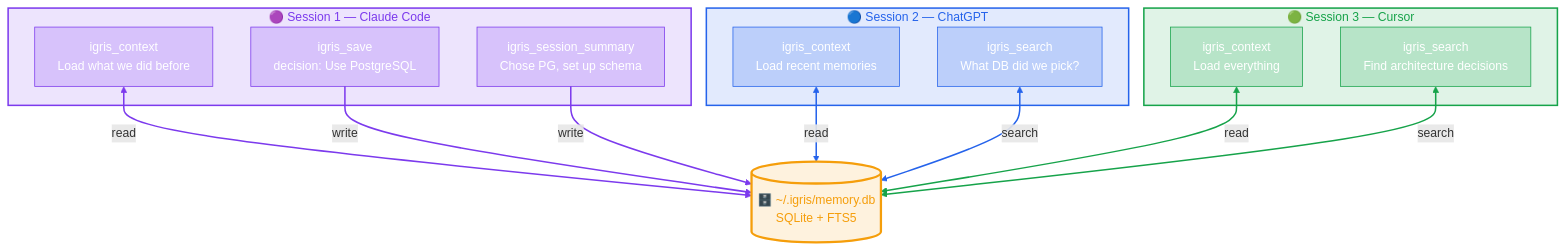
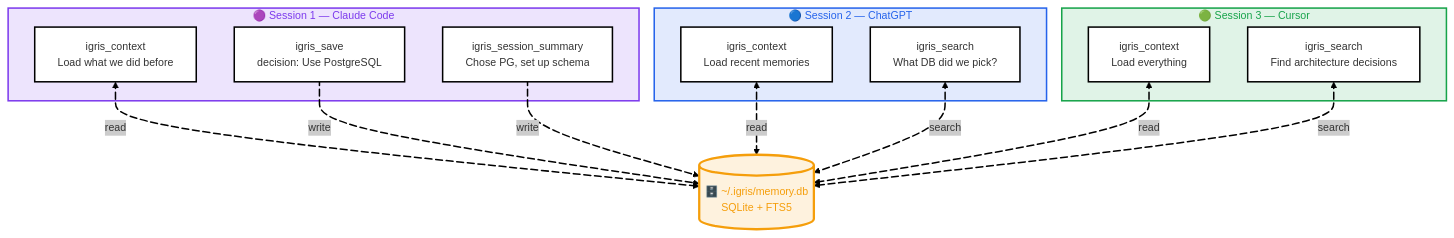
One commit to getigris/igris-memory changed the first of 6 diagrams in README.md. Above: the diagram before and after it, drawn with Mermaid. The commit also changed other lines of this file, not shown here.

First line of the commit message:
Enhance README.md with improved mermaid diagrams and configurations

````diff
--- a/README.md
+++ b/README.md
@@ -69,45 +69,46 @@
 ```mermaid
+---
+config:
+  theme: neo
+  look: hand-drawn
+---
 graph TB
     subgraph S1["🟣 Session 1 — Claude Code"]
         A1["igris_context\nLoad what we did before"]
         A2["igris_save\ndecision: Use PostgreSQL"]
         A3["igris_session_summary\nChose PG, set up schema"]
     end
 
     subgraph S2["🔵 Session 2 — ChatGPT"]
         B1["igris_context\nLoad recent memories"]
         B2["igris_search\nWhat DB did we pick?"]
     end
 
     subgraph S3["🟢 Session 3 — Cursor"]
         C1["igris_context\nLoad everything"]
         C2["igris_search\nFind architecture decisions"]
     end
 
     DB[("🗄️ ~/.igris/memory.db\nSQLite + FTS5")]
 
-    A1 <-->|read| DB
-    A2 -->|write| DB
-    A3 -->|write| DB
-    B1 <-->|read| DB
-    B2 <-->|search| DB
-    C1 <-->|read| DB
-    C2 <-->|search| DB
+    A1 L_a1@<-->|read| DB
+    A2 L_a2@-->|write| DB
+    A3 L_a3@-->|write| DB
+    B1 L_b1@<-->|read| DB
+    B2 L_b2@<-->|search| DB
+    C1 L_c1@<-->|read| DB
+    C2 L_c2@<-->|search| DB
+
+    L_a1@{ animation: fast }
+    L_a2@{ animation: fast }
+    L_a3@{ animation: fast }
+    L_b1@{ animation: fast }
+    L_b2@{ animation: fast }
+    L_c1@{ animation: fast }
+    L_c2@{ animation: fast }
 
     style S1 fill:#7c3aed22,stroke:#7c3aed,stroke-width:2px,color:#7c3aed
     style S2 fill:#2563eb22,stroke:#2563eb,stroke-width:2px,color:#2563eb
     style S3 fill:#16a34a22,stroke:#16a34a,stroke-width:2px,color:#16a34a
     style DB fill:#f59e0b22,stroke:#f59e0b,stroke-width:3px,color:#f59e0b
-
-    style A1 fill:#7c3aed33,stroke:#7c3aed,color:#fff
-    style A2 fill:#7c3aed33,stroke:#7c3aed,color:#fff
-    style A3 fill:#7c3aed33,stroke:#7c3aed,color:#fff
-    style B1 fill:#2563eb33,stroke:#2563eb,color:#fff
-    style B2 fill:#2563eb33,stroke:#2563eb,color:#fff
-    style C1 fill:#16a34a33,stroke:#16a34a,color:#fff
-    style C2 fill:#16a34a33,stroke:#16a34a,color:#fff
-
-    linkStyle 0,1,2 stroke:#7c3aed,stroke-width:2px
-    linkStyle 3,4 stroke:#2563eb,stroke-width:2px
-    linkStyle 5,6 stroke:#16a34a,stroke-width:2px
 ```
````
